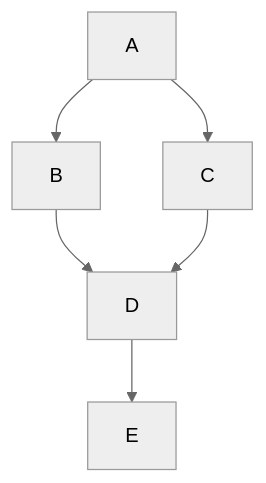
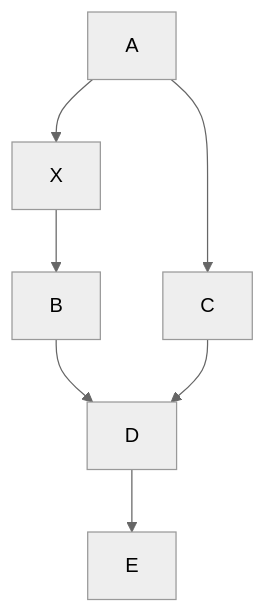
One commit to jkorichneva/cavemaps changed the third of 5 diagrams in snippets/unweighted_paths/bfs_graphs_mermaid.md. Above: the diagram before and after it, drawn with Mermaid (neutral theme). The commit also changed 1 other file, not shown here.

Commit message:
Correct test case three, so that there is a short and a long way from a to e

````diff
--- a/snippets/unweighted_paths/bfs_graphs_mermaid.md
+++ b/snippets/unweighted_paths/bfs_graphs_mermaid.md
@@ -23,8 +23,9 @@
 ```mermaid
 graph TD
-    A --> B
+    A --> X
     A --> C
     B --> D
+    X --> B
     C --> D
     D --> E
 ```
````
